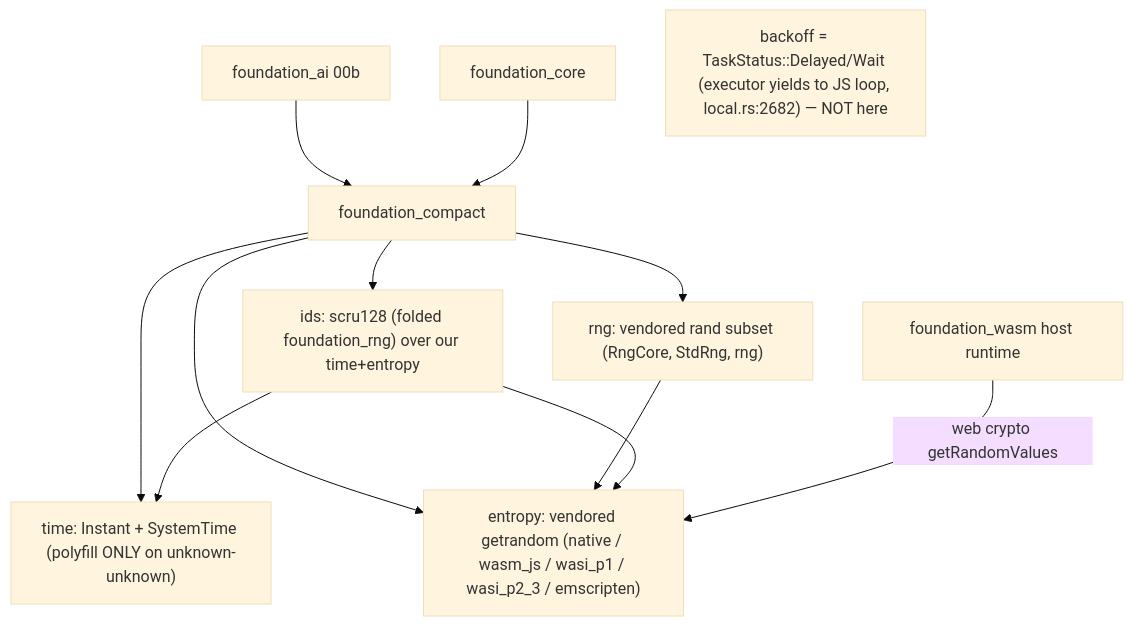
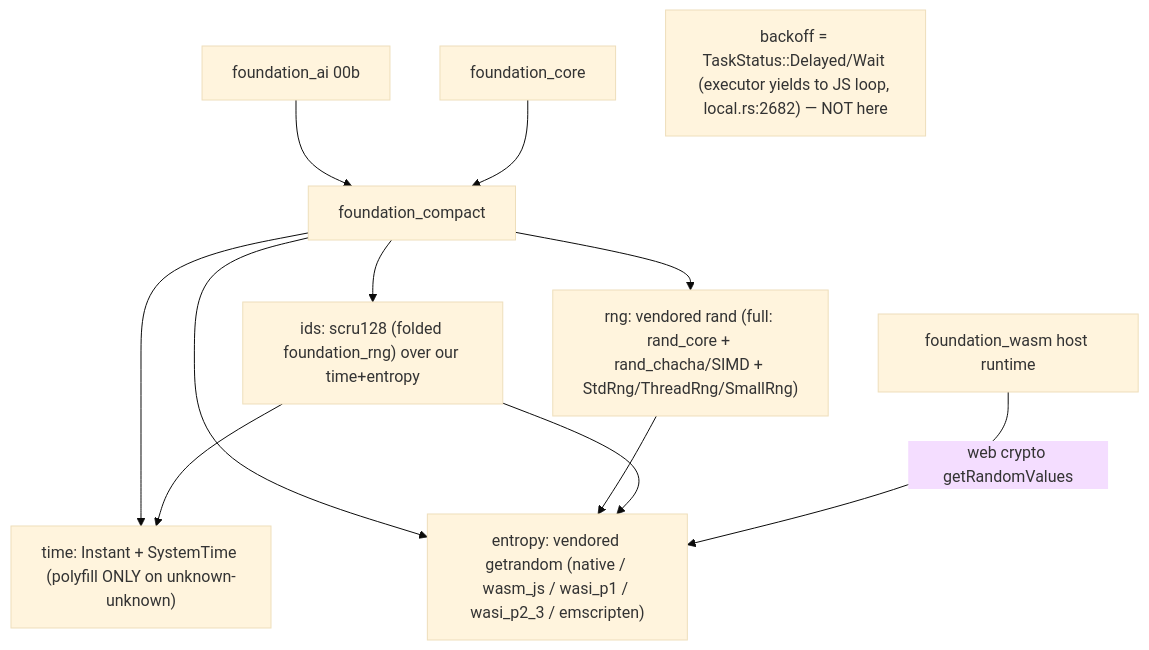
Before and after one commit to ewe-studios/ewe_platform: the diagram in specifications/36-agentic-api/features/00-foundation-compact/feature.md, drawn with Mermaid (base theme). The commit also changed other lines of this file and 100 other files, not shown here.

````diff
--- a/specifications/36-agentic-api/features/00-foundation-compact/feature.md
+++ b/specifications/36-agentic-api/features/00-foundation-compact/feature.md
@@ -172,15 +201,15 @@
 ```mermaid
 graph TD
     FC[foundation_compact]
     FC --> T["time: Instant + SystemTime (polyfill ONLY on unknown-unknown)"]
     FC --> EN["entropy: vendored getrandom (native / wasm_js / wasi_p1 / wasi_p2_3 / emscripten)"]
-    FC --> RN["rng: vendored rand subset (RngCore, StdRng, rng)"]
+    FC --> RN["rng: vendored rand (full: rand_core + rand_chacha/SIMD + StdRng/ThreadRng/SmallRng)"]
     FC --> ID["ids: scru128 (folded foundation_rng) over our time+entropy"]
     RN --> EN
     ID --> EN
     ID --> T
     FWASM[foundation_wasm host runtime] -->|web crypto getRandomValues| EN
     AI[foundation_ai 00b] --> FC
     CORE[foundation_core] --> FC
     note["backoff = TaskStatus::Delayed/Wait (executor yields to JS loop, local.rs:2682) — NOT here"]
 ```
````
